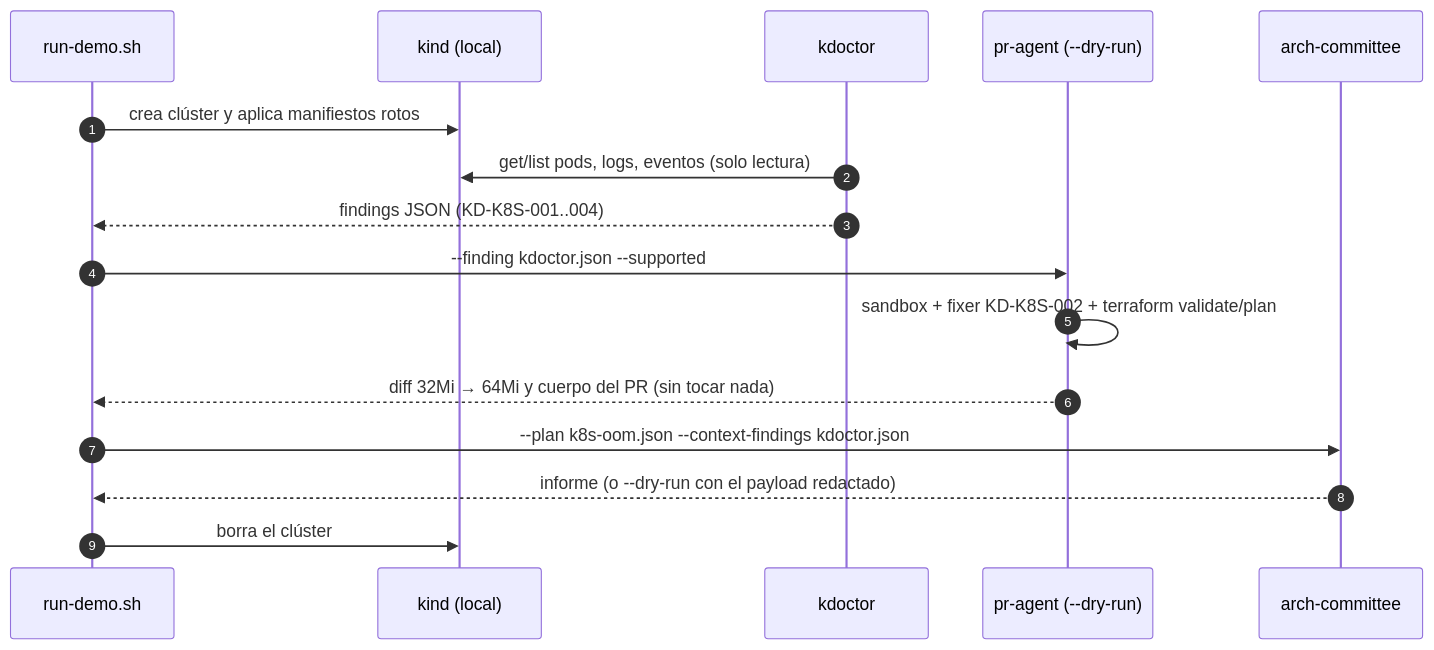
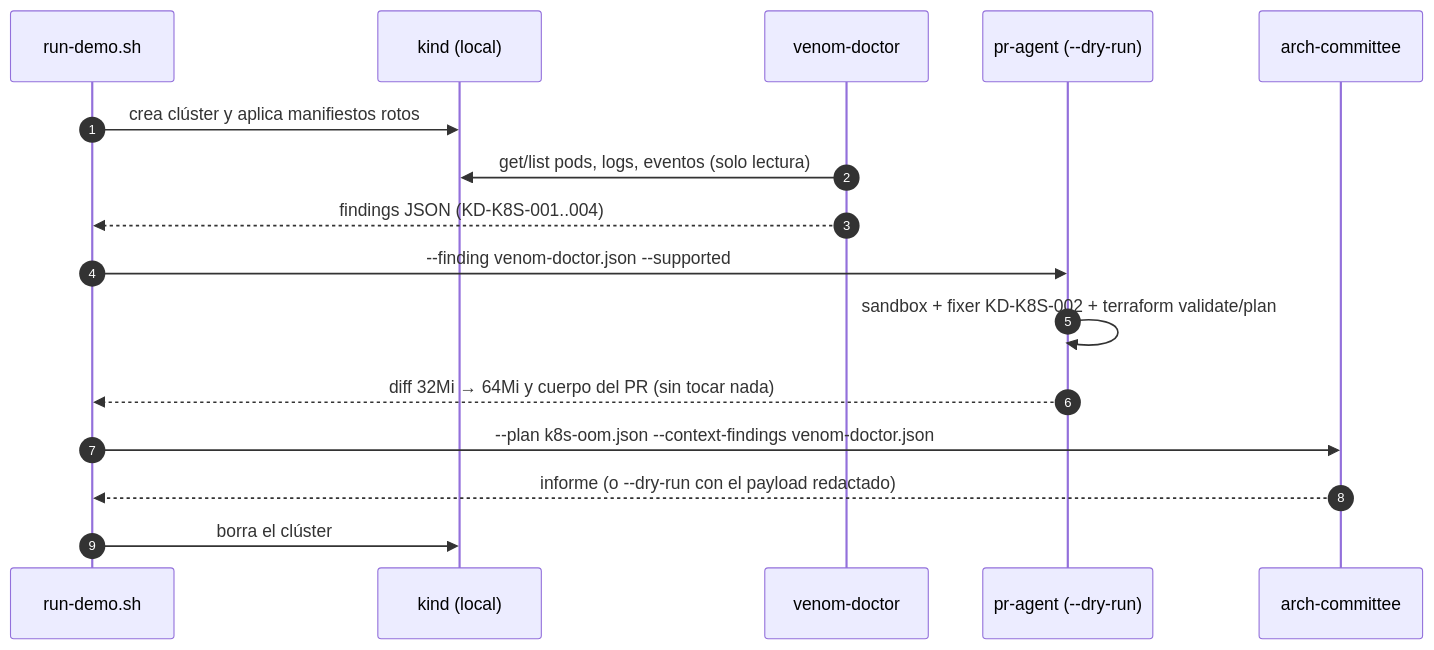
Before and after one commit to CloudVipers/VenomOps: the second of 2 diagrams in docs/arquitectura.md, drawn with Mermaid. The commit also changed other lines of this file and 113 other files, not shown here.

First line of the commit message:
refactor(doctor): rename kdoctor to venom-doctor everywhere (#39)

````diff
--- a/docs/arquitectura.md
+++ b/docs/arquitectura.md
@@ -43,19 +43,19 @@
 ```mermaid
 sequenceDiagram
     autonumber
     participant D as run-demo.sh
     participant K8s as kind (local)
-    participant KD as kdoctor
+    participant KD as venom-doctor
     participant PA as pr-agent (--dry-run)
     participant AC as arch-committee
 
     D->>K8s: crea clúster y aplica manifiestos rotos
     KD->>K8s: get/list pods, logs, eventos (solo lectura)
     KD-->>D: findings JSON (KD-K8S-001..004)
-    D->>PA: --finding kdoctor.json --supported
+    D->>PA: --finding venom-doctor.json --supported
     PA->>PA: sandbox + fixer KD-K8S-002 + terraform validate/plan
     PA-->>D: diff 32Mi → 64Mi y cuerpo del PR (sin tocar nada)
-    D->>AC: --plan k8s-oom.json --context-findings kdoctor.json
+    D->>AC: --plan k8s-oom.json --context-findings venom-doctor.json
     AC-->>D: informe (o --dry-run con el payload redactado)
     D->>K8s: borra el clúster
 ```
````
